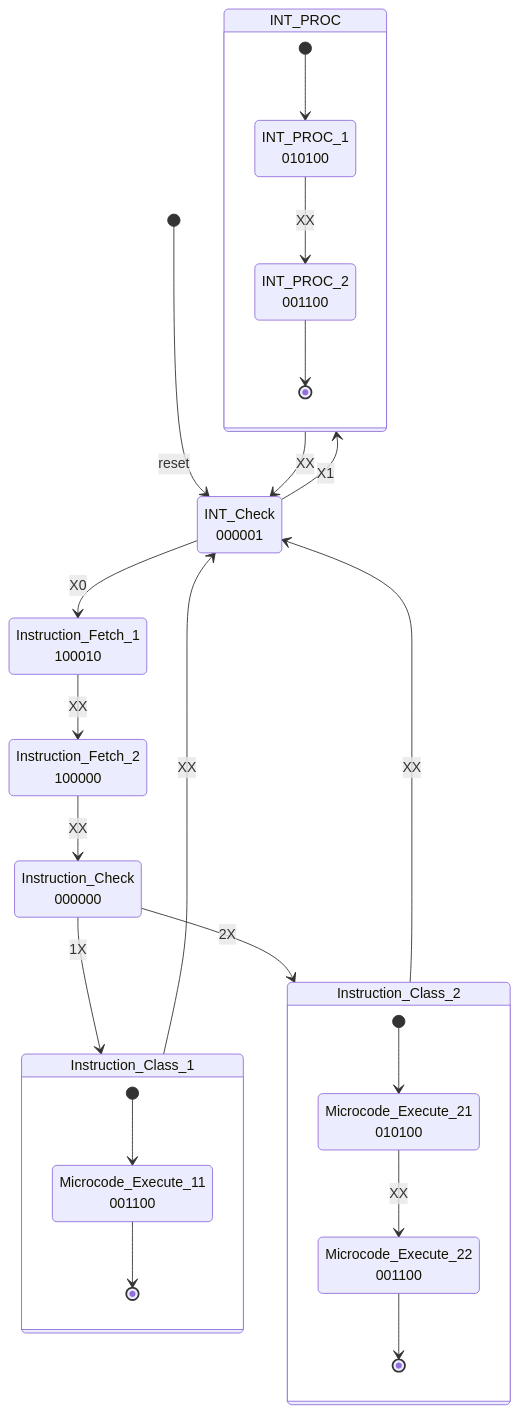
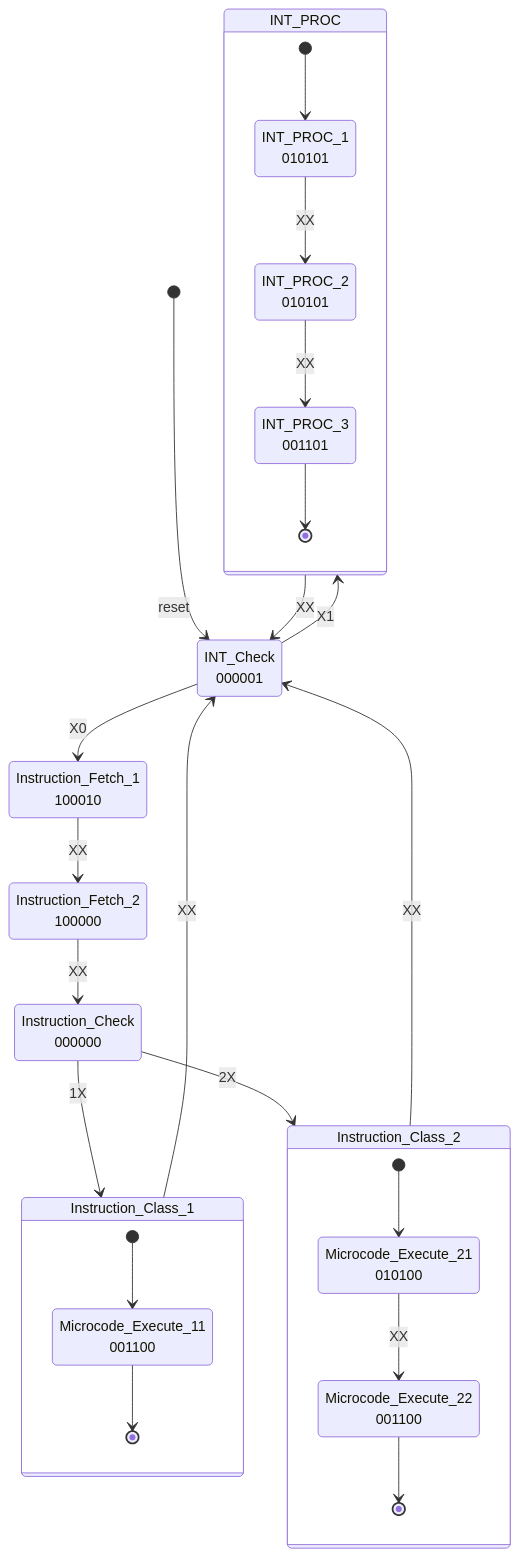
The diagram in doc/Instruction_Decoder_Specification.md (terapotan/NC16), drawn with Mermaid before and after one commit. The commit also changed other lines of this file and 3 other files, not shown here.

````diff
--- a/doc/Instruction_Decoder_Specification.md
+++ b/doc/Instruction_Decoder_Specification.md
@@ -89,39 +89,40 @@
 ```mermaid
 stateDiagram-v2
     state INT_PROC{
-        [*] --> INT_PROC_1<br>010100 
-        INT_PROC_1<br>010100 --> INT_PROC_2<br>001100 :XX
-        INT_PROC_2<br>001100 --> [*] 
+        [*] --> INT_PROC_1<br>010101
+        INT_PROC_1<br>010101 --> INT_PROC_2<br>010101 :XX
+        INT_PROC_2<br>010101 --> INT_PROC_3<br>001101 :XX
+        INT_PROC_3<br>001101 --> [*] 
     }
     state Instruction_Class_1{
         [*] --> Microcode_Execute_11<br>001100 
         Microcode_Execute_11<br>001100 --> [*]
     }
 
     state Instruction_Class_2{
         [*] --> Microcode_Execute_21<br>010100
 
         Microcode_Execute_21<br>010100 --> Microcode_Execute_22<br>001100 :XX
 
         Microcode_Execute_22<br>001100 --> [*]
     }
 
 
     [*] --> INT_Check<br>000001: reset
     INT_Check<br>000001 --> Instruction_Fetch_1<br>100010: X0
 
     INT_Check<br>000001 --> INT_PROC:X1
     INT_PROC --> INT_Check<br>000001:XX
 
     Instruction_Fetch_1<br>100010 --> Instruction_Fetch_2<br>100000 : XX
 
     Instruction_Fetch_2<br>100000 --> Instruction_Check<br>000000 : XX
 
     Instruction_Check<br>000000 --> Instruction_Class_1 : 1X
 
     Instruction_Class_1 --> INT_Check<br>000001 :XX
 
     Instruction_Check<br>000000 --> Instruction_Class_2 : 2X
 
     Instruction_Class_2 --> INT_Check<br>000001 :XX
 ```
````
